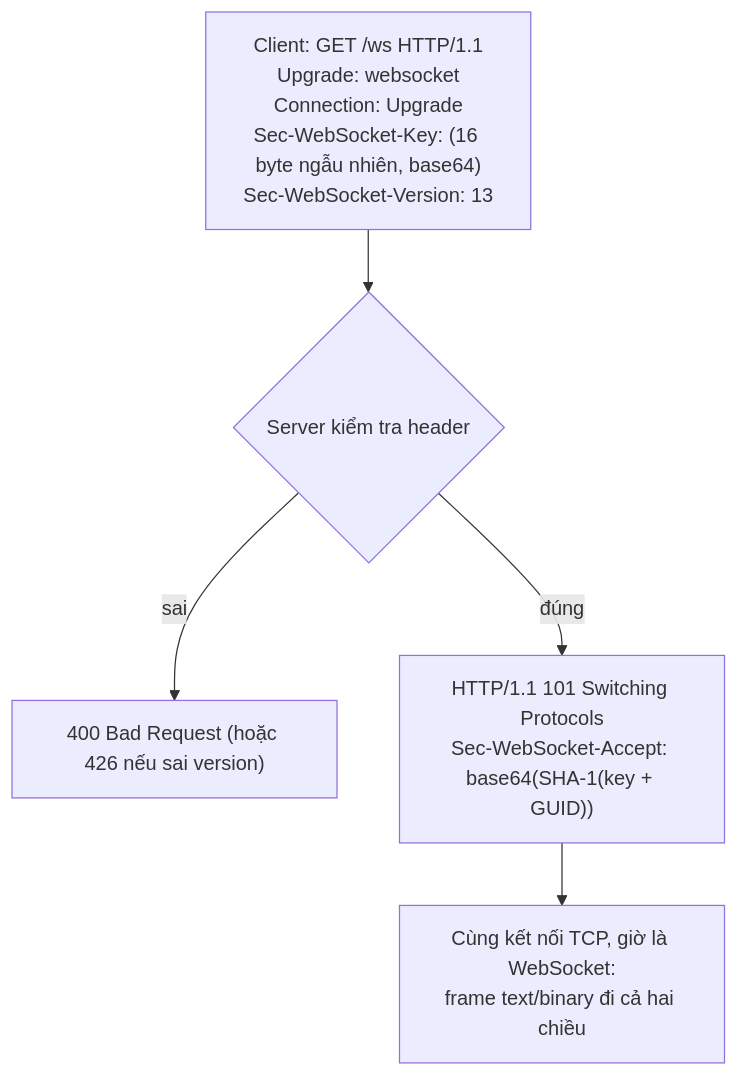
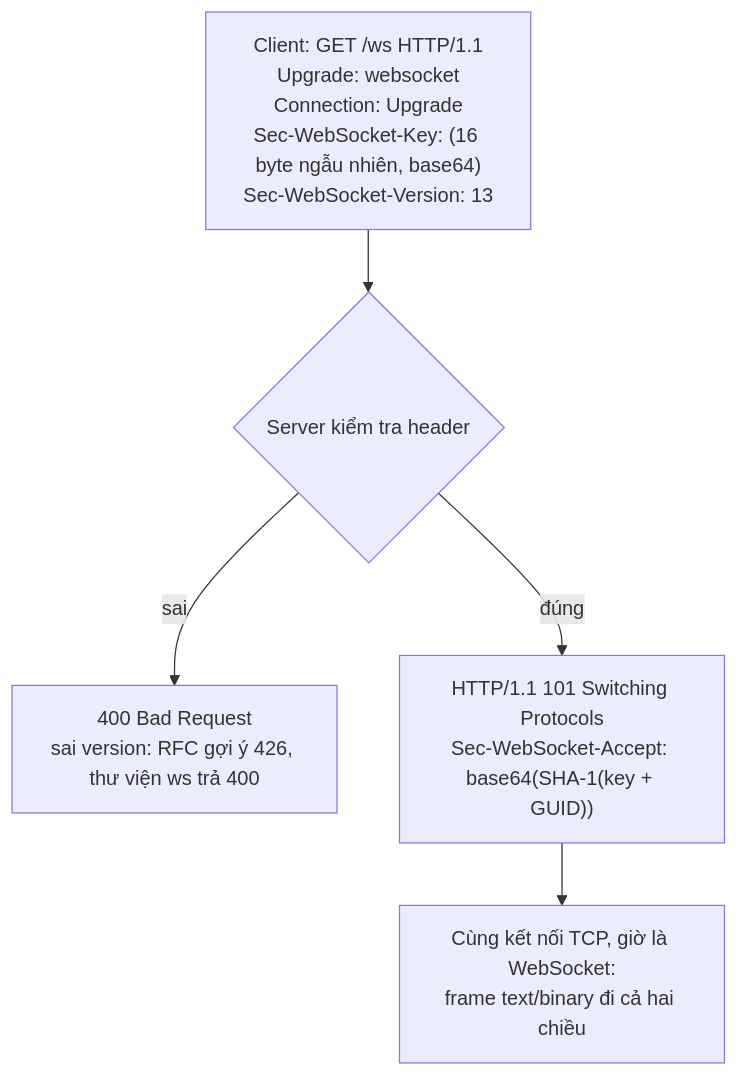
One commit to ht-nah98/ai-academy changed the third of 3 diagrams in academy/courses/node-realtime/curriculum/N03-websocket-dau-tien/lesson.md. Above: the diagram before and after it, drawn with Mermaid. The commit also changed other lines of this file and 46 other files, not shown here.

````diff
--- a/academy/courses/node-realtime/curriculum/N03-websocket-dau-tien/lesson.md
+++ b/academy/courses/node-realtime/curriculum/N03-websocket-dau-tien/lesson.md
@@ -66,7 +105,7 @@
 ```mermaid
 flowchart TD
     A["Client: GET /ws HTTP/1.1<br/>Upgrade: websocket<br/>Connection: Upgrade<br/>Sec-WebSocket-Key: (16 byte ngẫu nhiên, base64)<br/>Sec-WebSocket-Version: 13"] --> B{"Server kiểm tra header"}
-    B -- "sai" --> E["400 Bad Request (hoặc 426 nếu sai version)"]
+    B -- "sai" --> E["400 Bad Request<br/>sai version: RFC gợi ý 426, thư viện ws trả 400"]
     B -- "đúng" --> C["HTTP/1.1 101 Switching Protocols<br/>Sec-WebSocket-Accept: base64(SHA-1(key + GUID))"]
     C --> D["Cùng kết nối TCP, giờ là WebSocket:<br/>frame text/binary đi cả hai chiều"]
 ```
````
